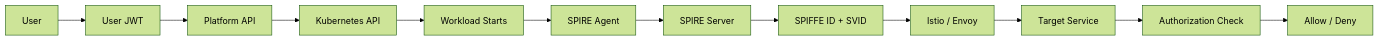
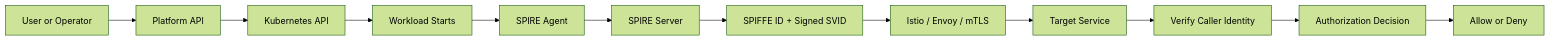
Before and after one commit to babywyrm/sysadmin: the first of 8 diagrams in modeling/spire/redteam__.md, drawn with Mermaid (forest theme). The commit also changed other lines of this file, not shown here.

````diff
--- a/modeling/spire/redteam__.md
+++ b/modeling/spire/redteam__.md
@@ -54,14 +95,14 @@
 ```mermaid
 flowchart LR
-    U[User] --> JWT[User JWT]
-    JWT --> API[Platform API]
-    API --> K8S[Kubernetes API]
+    U[User or Operator] --> APP[Platform API]
+    APP --> K8S[Kubernetes API]
     K8S --> POD[Workload Starts]
     POD --> AGENT[SPIRE Agent]
     AGENT --> SERVER[SPIRE Server]
-    SERVER --> SVID[SPIFFE ID + SVID]
-    SVID --> MESH[Istio / Envoy]
+    SERVER --> SVID[SPIFFE ID + Signed SVID]
+    SVID --> MESH[Istio / Envoy / mTLS]
     MESH --> TARGET[Target Service]
-    TARGET --> AUTHZ[Authorization Check]
-    AUTHZ --> RESULT[Allow / Deny]
+    TARGET --> VERIFY[Verify Caller Identity]
+    VERIFY --> AUTHZ[Authorization Decision]
+    AUTHZ --> RESULT[Allow or Deny]
 ```
````
